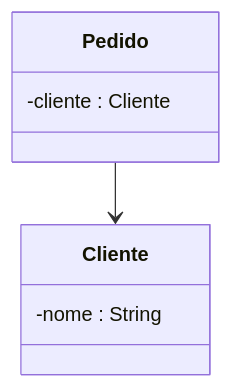
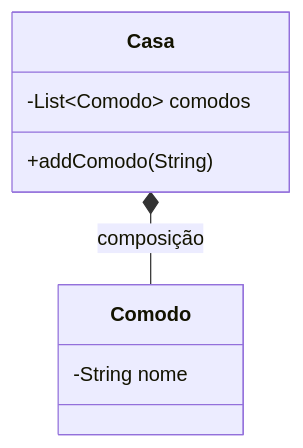
Before and after one commit to afburger/FURB-2025_02_POO_16804: the fifth of 7 diagrams in Conteudo/Unidade02.md, drawn with Mermaid. The commit also changed other lines of this file and 1 other file, not shown here.

````diff
--- a/Conteudo/Unidade02.md
+++ b/Conteudo/Unidade02.md
@@ -170,10 +179,12 @@
 ```mermaid
 classDiagram
-    class Cliente {
-        -nome : String
+    class Casa {
+        -List~Comodo~ comodos
+        +addComodo(String)
     }
-    class Pedido {
-        -cliente : Cliente
+    class Comodo {
+        -String nome
     }
-    Pedido --> Cliente
+    Casa *-- Comodo : composição
+
 ```
````
